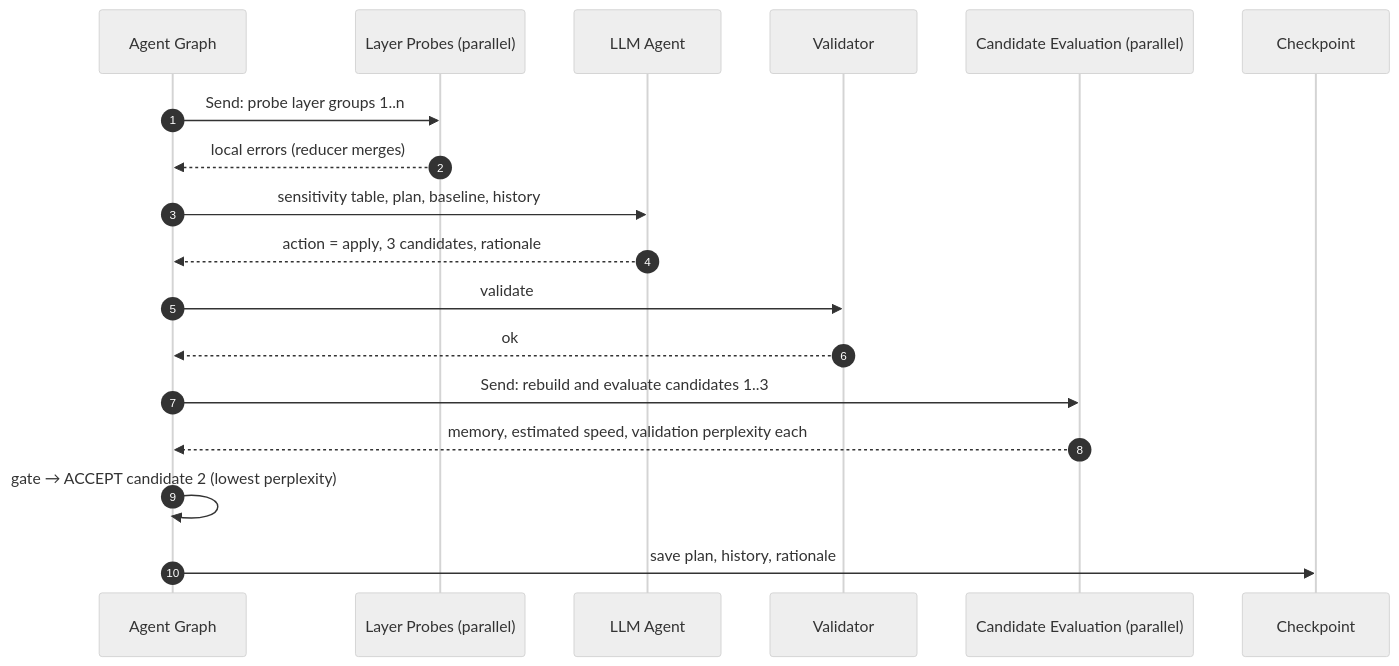
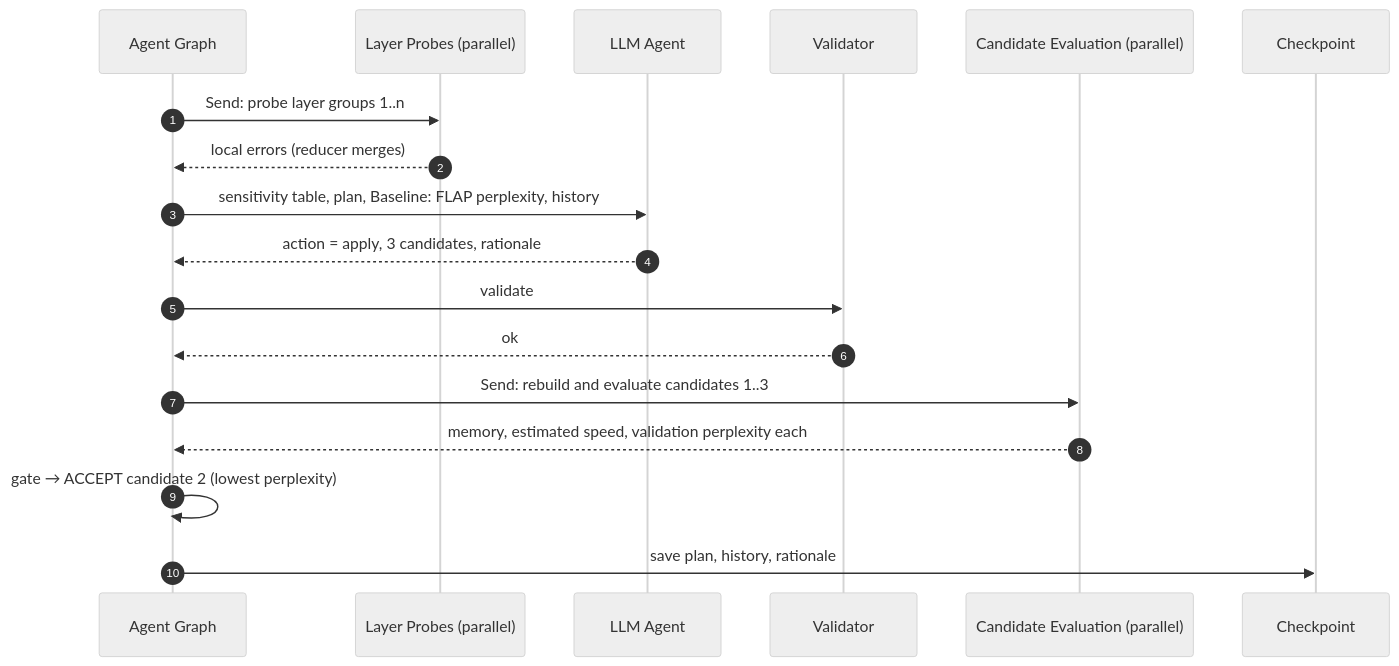
The fourth of 4 diagrams in ARCHITECTURE.md (stephxu96/pruneagent), drawn with Mermaid (neutral theme) before and after one commit. The commit also changed other lines of this file and 17 other files, not shown here.

First line of the commit message:
Architecture v0.8: Baseline: FLAP at the same memory limit

````diff
--- a/ARCHITECTURE.md
+++ b/ARCHITECTURE.md
@@ -434,21 +435,21 @@
 ```mermaid
 sequenceDiagram
     autonumber
     participant G as Agent Graph
     participant B as Layer Probes (parallel)
     participant A as LLM Agent
     participant V as Validator
     participant C as Candidate Evaluation (parallel)
     participant K as Checkpoint
 
     G->>B: Send: probe layer groups 1..n
     B-->>G: local errors (reducer merges)
-    G->>A: sensitivity table, plan, baseline, history
+    G->>A: sensitivity table, plan, Baseline: FLAP perplexity, history
     A-->>G: action = apply, 3 candidates, rationale
     G->>V: validate
     V-->>G: ok
     G->>C: Send: rebuild and evaluate candidates 1..3
     C-->>G: memory, estimated speed, validation perplexity each
     G->>G: gate → ACCEPT candidate 2 (lowest perplexity)
     G->>K: save plan, history, rationale
 ```
````
